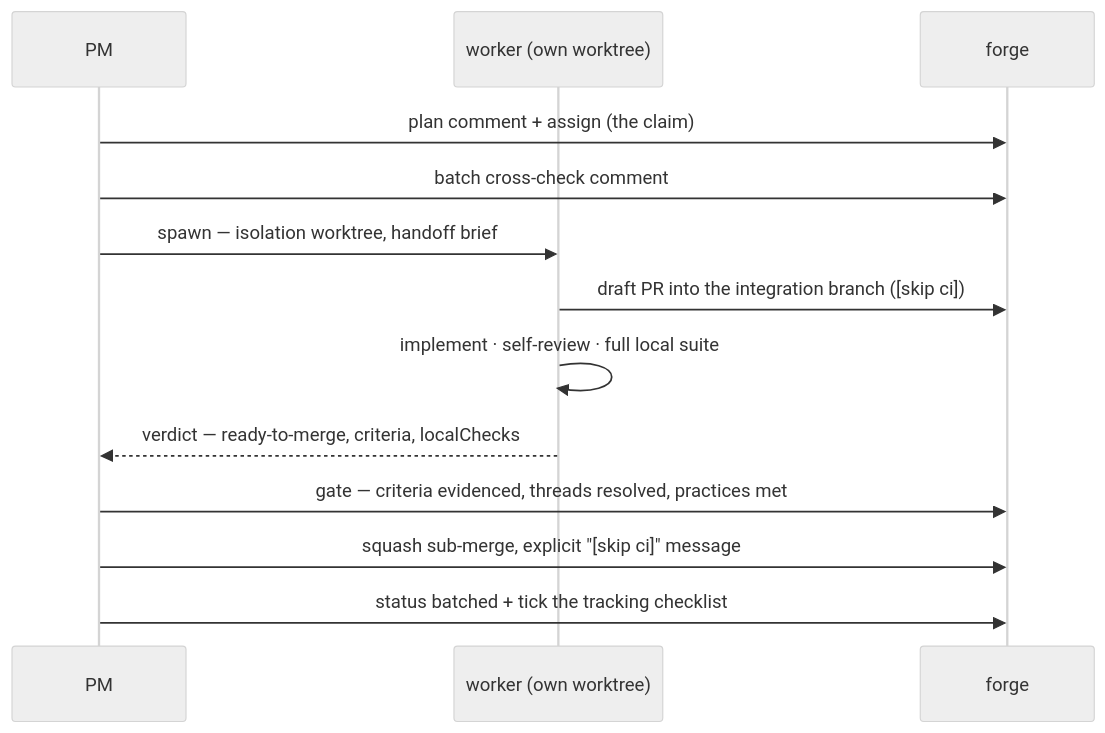
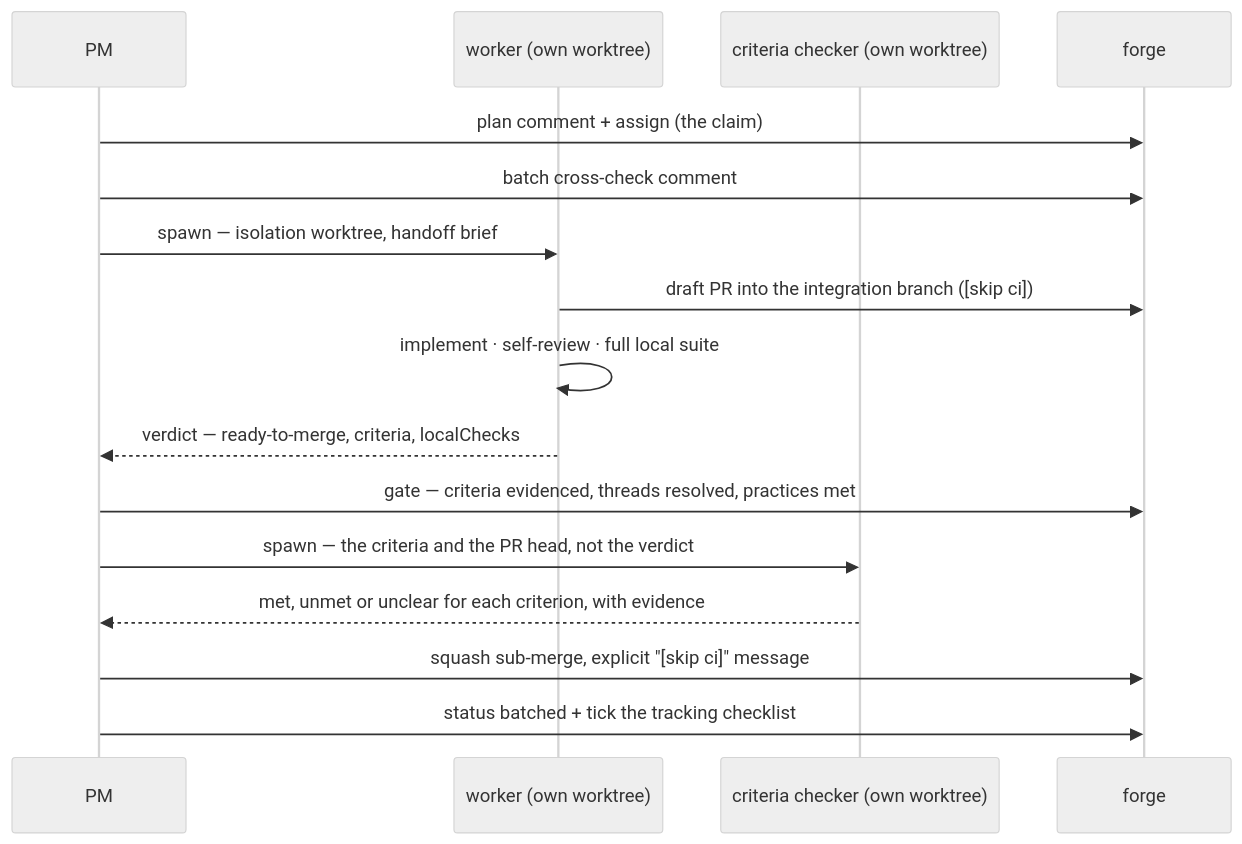
Before and after one commit to Sniper7Kills-LLC/claude-plugins: the fourth of 6 diagrams in issue-flow/README.md, drawn with Mermaid (neutral theme). The commit also changed other lines of this file and 26 other files, not shown here.

First line of the commit message:
issue-flow: an independent criteria check before each sub-merge (#36)

````diff
--- a/issue-flow/README.md
+++ b/issue-flow/README.md
@@ -158,15 +160,18 @@
 ```mermaid
 sequenceDiagram
     participant PM
     participant W as worker (own worktree)
+    participant C as criteria checker (own worktree)
     participant F as forge
     PM->>F: plan comment + assign (the claim)
     PM->>F: batch cross-check comment
     PM->>W: spawn — isolation worktree, handoff brief
     W->>F: draft PR into the integration branch ([skip ci])
     W->>W: implement · self-review · full local suite
     W-->>PM: verdict — ready-to-merge, criteria, localChecks
     PM->>F: gate — criteria evidenced, threads resolved, practices met
+    PM->>C: spawn — the criteria and the PR head, not the verdict
+    C-->>PM: met, unmet or unclear for each criterion, with evidence
     PM->>F: squash sub-merge, explicit "[skip ci]" message
     PM->>F: status batched + tick the tracking checklist
 ```
````
